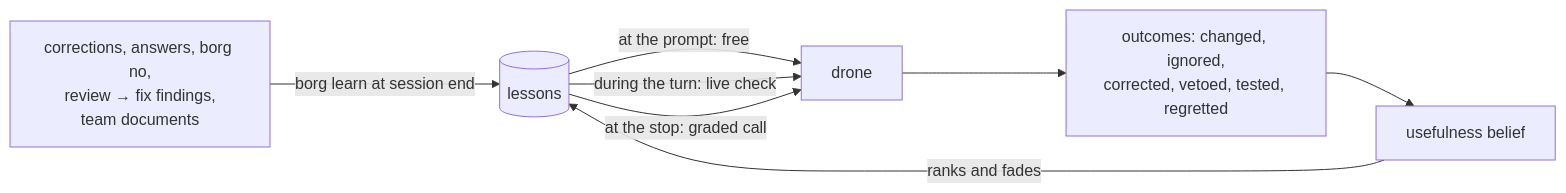
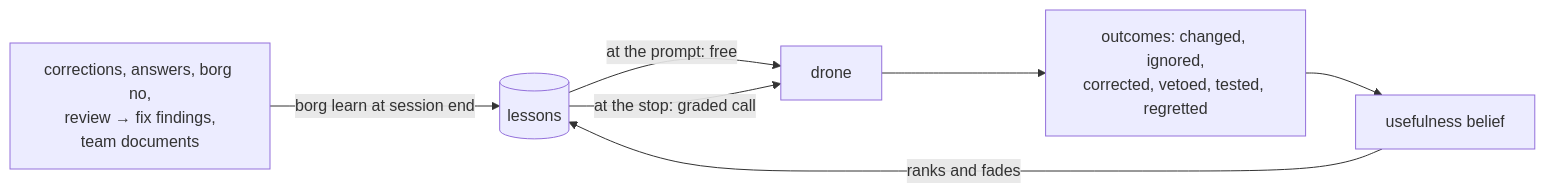
One commit to debe/borg_ai changed the first of 2 diagrams in README.md. Above: the diagram before and after it, drawn with Mermaid. The commit also changed other lines of this file and 93 other files, not shown here.

````diff
--- a/README.md
+++ b/README.md
@@ -96,10 +96,9 @@
 ```mermaid
 flowchart LR
   S["corrections, answers, borg no,<br/>review → fix findings,<br/>team documents"] -->|"borg learn at session end"| L[("lessons")]
   L -->|"at the prompt: free"| D["drone"]
-  L -->|"during the turn: live check"| D
   L -->|"at the stop: graded call"| D
   D --> O["outcomes: changed, ignored,<br/>corrected, vetoed, tested, regretted"]
   O --> B["usefulness belief"]
   B -->|"ranks and fades"| L
 ```
````
